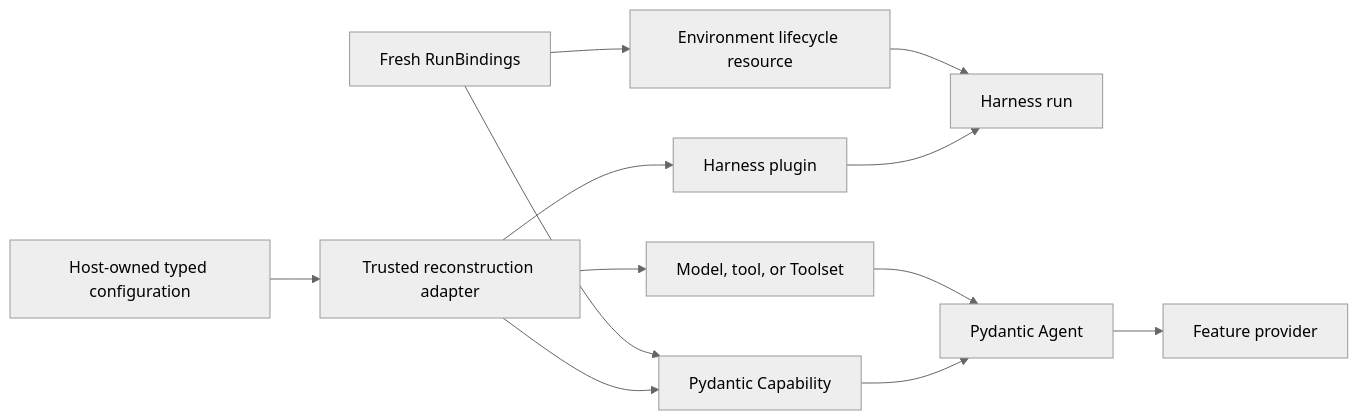
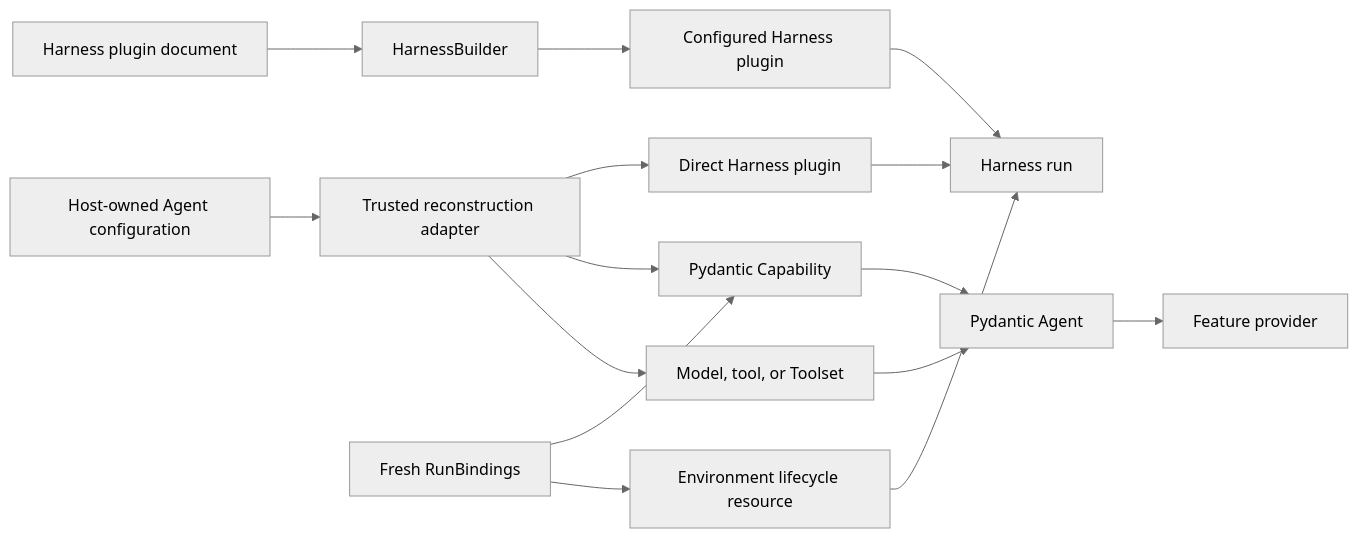
One commit to LTThreeComma/agent-foundation changed the third of 4 diagrams in spec/README.md. Above: the diagram before and after it, drawn with Mermaid (neutral theme). The commit also changed other lines of this file and 42 other files, not shown here.

First line of the commit message:
feat(harness): add configured plugin loading

````diff
--- a/spec/README.md
+++ b/spec/README.md
@@ -177,13 +177,15 @@
 ```mermaid
 flowchart LR
-    HostConfig[Host-owned typed configuration] --> Adapter[Trusted reconstruction adapter]
-    Adapter --> Plugin[Harness plugin]
+    HostConfig[Host-owned Agent configuration] --> Adapter[Trusted reconstruction adapter]
+    Adapter --> DirectPlugin[Direct Harness plugin]
+    PluginConfig[Harness plugin document] --> Builder[HarnessBuilder]
+    Builder --> ConfiguredPlugin[Configured Harness plugin]
     Adapter --> Capability[Pydantic Capability]
     Adapter --> Native[Model, tool, or Toolset]
     RunAuthority[Fresh RunBindings] --> Capability
     RunAuthority --> Environment[Environment lifecycle resource]
-    Plugin --> Harness[Harness run]
+    DirectPlugin & ConfiguredPlugin --> Harness[Harness run]
     Capability & Native --> Agent[Pydantic Agent]
     Environment --> Harness
     Agent --> Provider[Feature provider]
 ```
````
